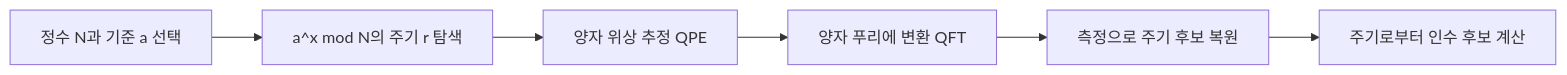
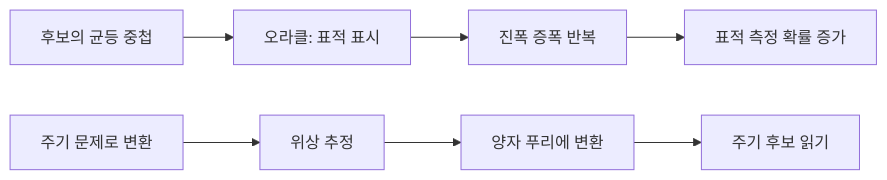
Before and after one commit to umyunsang/edu: the diagram in ComputerScience/03_ai-ml-data/quantum-lecture/notes/01-1. 양자 알고리즘 소개 — Grover와 Shor.md, drawn with Mermaid. The commit also changed other lines of this file and 2 other files, not shown here.

````diff
--- a/ComputerScience/03_ai-ml-data/quantum-lecture/notes/01-1. 양자 알고리즘 소개 — Grover와 Shor.md
+++ b/ComputerScience/03_ai-ml-data/quantum-lecture/notes/01-1. 양자 알고리즘 소개 — Grover와 Shor.md
@@ -170,8 +38,9 @@
 ```mermaid
 flowchart LR
-    A["정수 N과 기준 a 선택"] --> B["a^x mod N의 주기 r 탐색"]
-    B --> C["양자 위상 추정 QPE"]
-    C --> D["양자 푸리에 변환 QFT"]
-    D --> E["측정으로 주기 후보 복원"]
-    E --> F["주기로부터 인수 후보 계산"]
+    G1["후보의 균등 중첩"] --> G2["오라클: 표적 표시"]
+    G2 --> G3["진폭 증폭 반복"]
+    G3 --> G4["표적 측정 확률 증가"]
+    S1["주기 문제로 변환"] --> S2["위상 추정"]
+    S2 --> S3["양자 푸리에 변환"]
+    S3 --> S4["주기 후보 읽기"]
 ```
````
